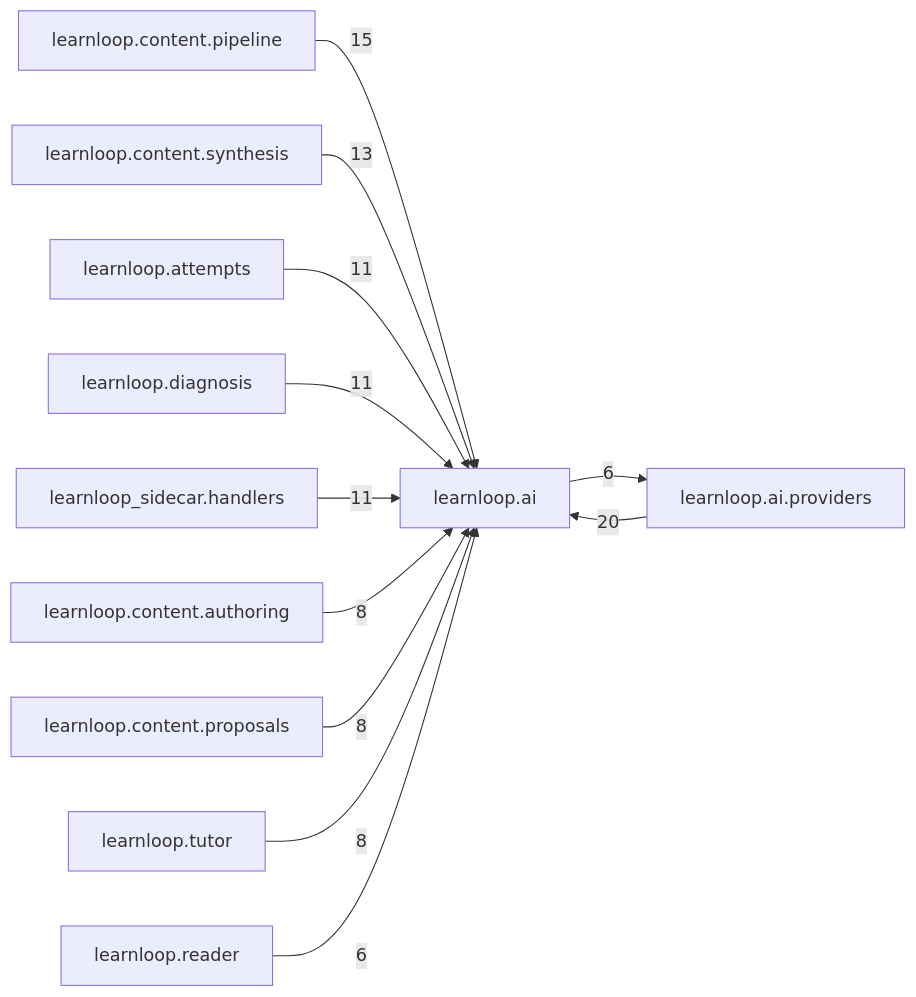
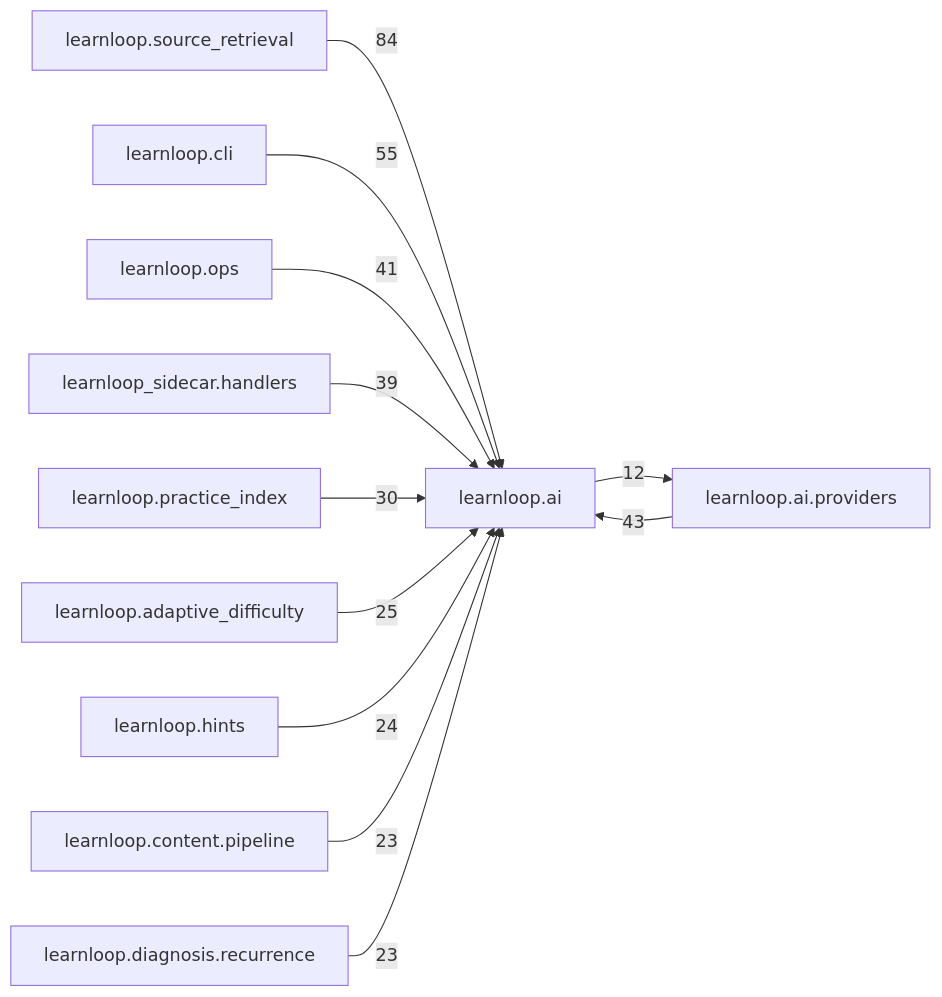
Before and after one commit to 6up-b/learnanything: the diagram in docs/learnloop-architecture-vault/Reference/Modules/learnloop/ai/_package.md, drawn with Mermaid. The commit also changed other lines of this file and 1202 other files, not shown here.

````diff
--- a/docs/learnloop-architecture-vault/Reference/Modules/learnloop/ai/_package.md
+++ b/docs/learnloop-architecture-vault/Reference/Modules/learnloop/ai/_package.md
@@ -111,25 +161,25 @@
 ```mermaid
 flowchart LR
     center["learnloop.ai"]
+    n_learnloop_source_retrieval["learnloop.source_retrieval"]
     n_learnloop_ai_providers["learnloop.ai.providers"]
+    n_learnloop_cli["learnloop.cli"]
+    n_learnloop_ops["learnloop.ops"]
+    n_learnloop_sidecar_handlers["learnloop_sidecar.handlers"]
+    n_learnloop_practice_index["learnloop.practice_index"]
+    n_learnloop_adaptive_difficulty["learnloop.adaptive_difficulty"]
+    n_learnloop_hints["learnloop.hints"]
     n_learnloop_content_pipeline["learnloop.content.pipeline"]
-    n_learnloop_content_synthesis["learnloop.content.synthesis"]
-    n_learnloop_attempts["learnloop.attempts"]
-    n_learnloop_diagnosis["learnloop.diagnosis"]
-    n_learnloop_sidecar_handlers["learnloop_sidecar.handlers"]
-    n_learnloop_content_authoring["learnloop.content.authoring"]
-    n_learnloop_content_proposals["learnloop.content.proposals"]
-    n_learnloop_tutor["learnloop.tutor"]
-    n_learnloop_reader["learnloop.reader"]
-    n_learnloop_ai_providers -->|20| center
-    center -->|6| n_learnloop_ai_providers
-    n_learnloop_content_pipeline -->|15| center
-    n_learnloop_content_synthesis -->|13| center
-    n_learnloop_attempts -->|11| center
-    n_learnloop_diagnosis -->|11| center
-    n_learnloop_sidecar_handlers -->|11| center
-    n_learnloop_content_authoring -->|8| center
-    n_learnloop_content_proposals -->|8| center
-    n_learnloop_tutor -->|8| center
-    n_learnloop_reader -->|6| center
+    n_learnloop_diagnosis_recurrence["learnloop.diagnosis.recurrence"]
+    n_learnloop_source_retrieval -->|84| center
+    n_learnloop_ai_providers -->|43| center
+    center -->|12| n_learnloop_ai_providers
+    n_learnloop_cli -->|55| center
+    n_learnloop_ops -->|41| center
+    n_learnloop_sidecar_handlers -->|39| center
+    n_learnloop_practice_index -->|30| center
+    n_learnloop_adaptive_difficulty -->|25| center
+    n_learnloop_hints -->|24| center
+    n_learnloop_content_pipeline -->|23| center
+    n_learnloop_diagnosis_recurrence -->|23| center
 ```
````
